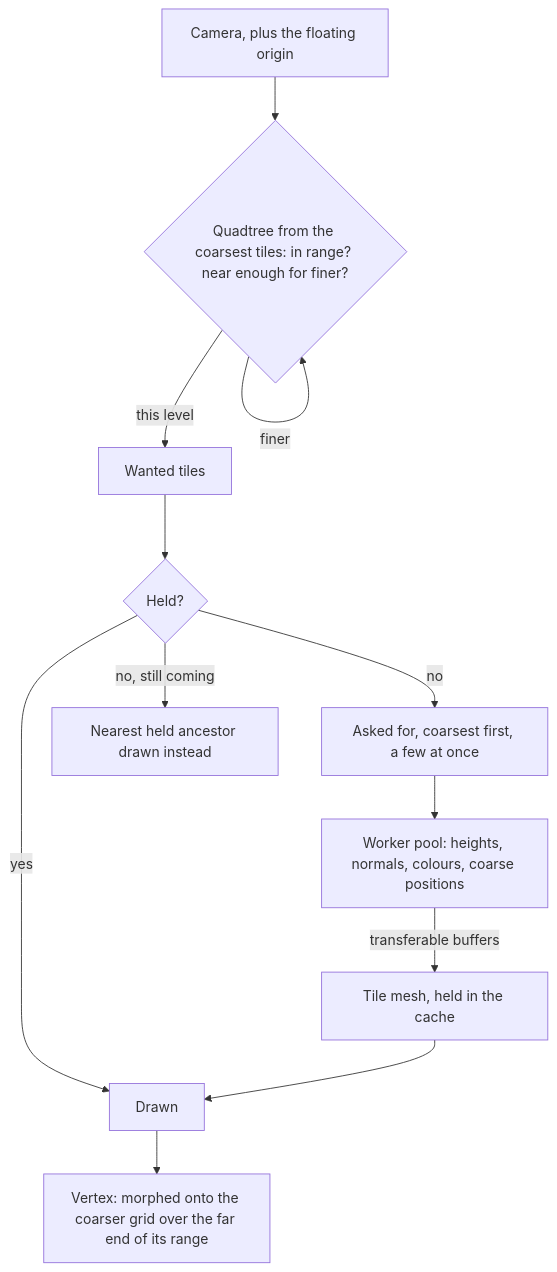
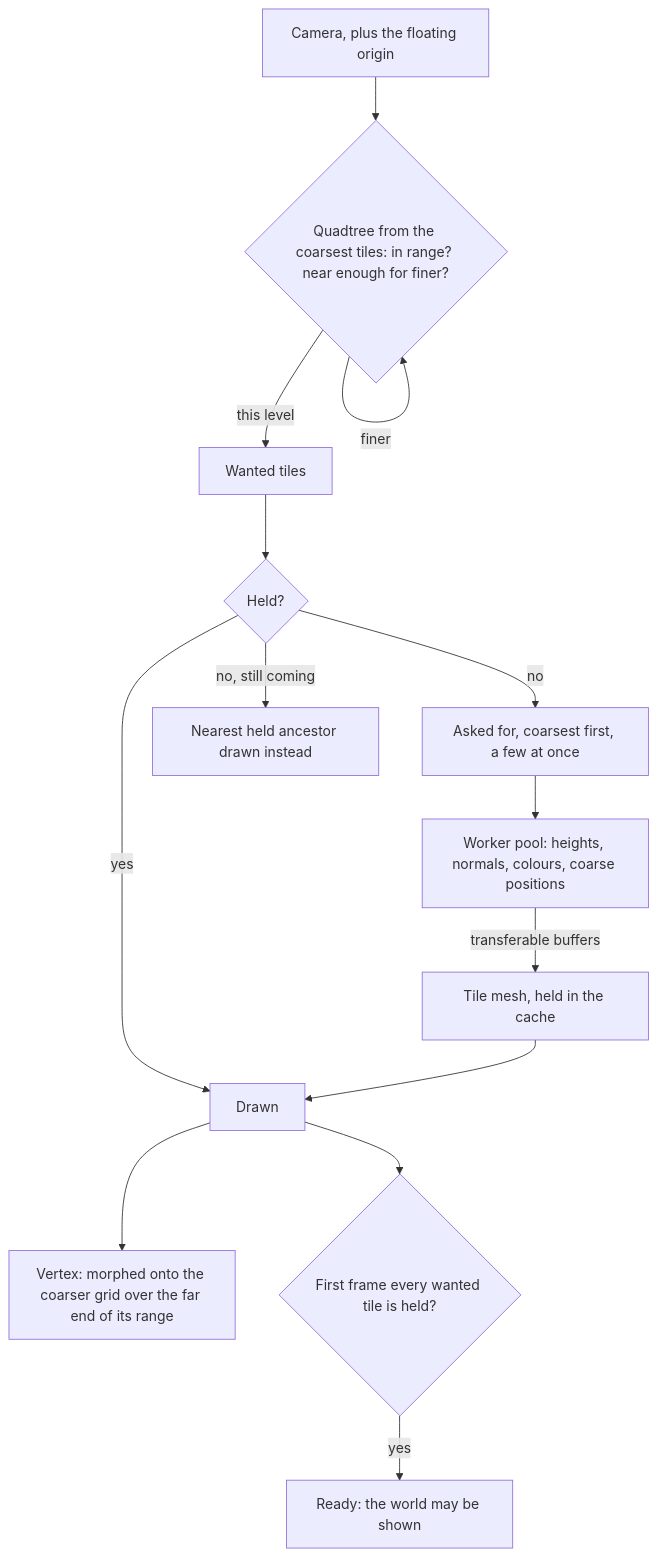
The diagram in apps/web/content/docs/genshin/terrain.md (Esposter/Esposter), drawn with Mermaid before and after one commit. The commit also changed other lines of this file and 10 other files, not shown here.

````diff
--- a/apps/web/content/docs/genshin/terrain.md
+++ b/apps/web/content/docs/genshin/terrain.md
@@ -12,14 +12,16 @@
 ```mermaid
 flowchart TD
   CAM[Camera, plus the floating origin] --> QT{Quadtree from the coarsest tiles: in range? near enough for finer?}
   QT -->|finer| QT
   QT -->|this level| W[Wanted tiles]
   W --> ST{Held?}
   ST -->|no| REQ[Asked for, coarsest first, a few at once]
   REQ --> WK[Worker pool: heights, normals, colours, coarse positions]
   WK -->|transferable buffers| M[Tile mesh, held in the cache]
   ST -->|yes| D[Drawn]
   ST -->|no, still coming| A[Nearest held ancestor drawn instead]
   M --> D
   D --> VS[Vertex: morphed onto the coarser grid over the far end of its range]
+  D --> RD{First frame every wanted tile is held?}
+  RD -->|yes| READY[Ready: the world may be shown]
 ```
````
